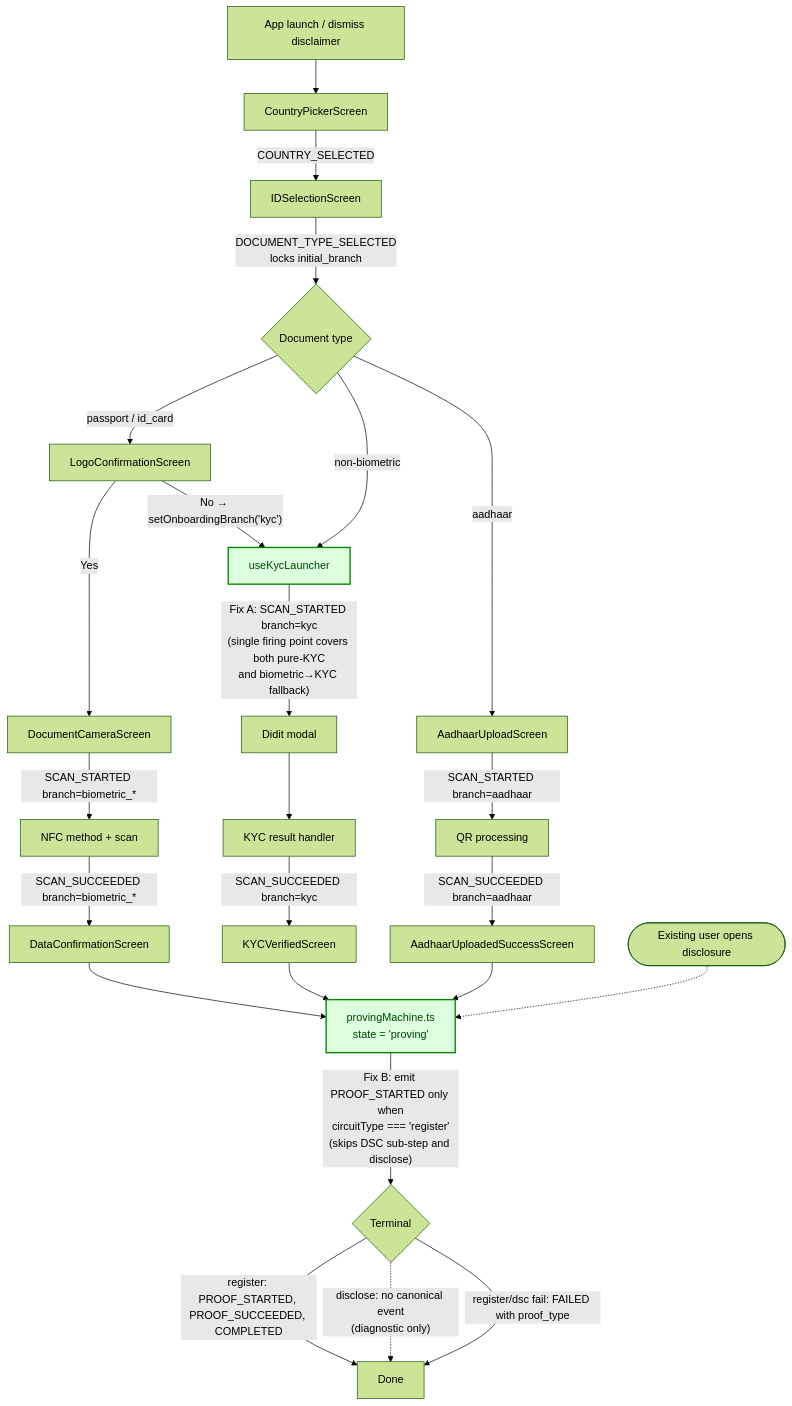
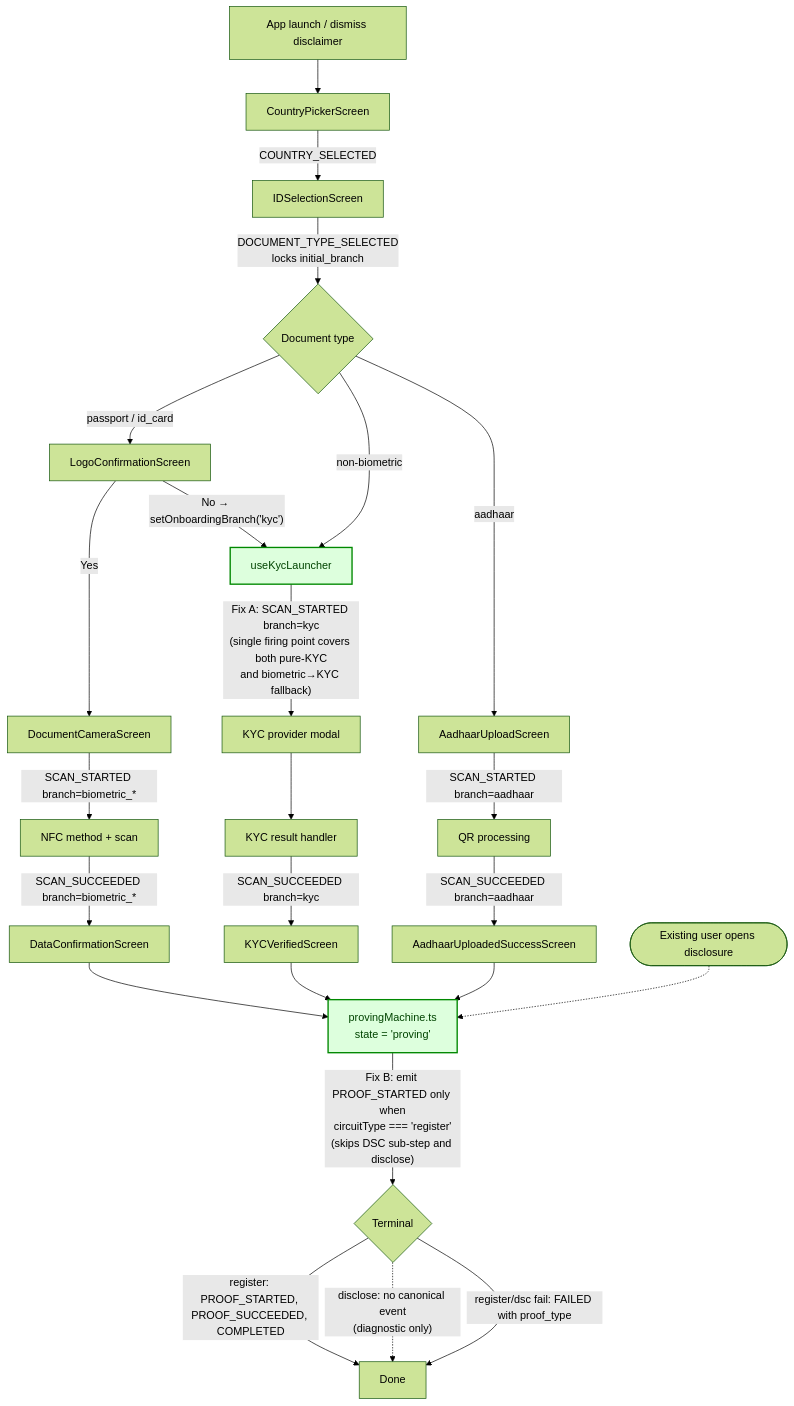
The second of 3 diagrams in specs/projects/sdk/workstreams/analytics/plans/ANA-11-canonical-funnel-bug-fixes.md (selfxyz/self), drawn with Mermaid (forest theme) before and after one commit. The commit also changed other lines of this file and 5 other files, not shown here.

````diff
--- a/specs/projects/sdk/workstreams/analytics/plans/ANA-11-canonical-funnel-bug-fixes.md
+++ b/specs/projects/sdk/workstreams/analytics/plans/ANA-11-canonical-funnel-bug-fixes.md
@@ -116,38 +116,38 @@
 ```mermaid
 flowchart TD
     A[App launch / dismiss disclaimer]
     A --> B[CountryPickerScreen]
     B -->|COUNTRY_SELECTED| C[IDSelectionScreen]
     C -->|"DOCUMENT_TYPE_SELECTED<br/>locks initial_branch"| D{Document type}
 
     D -->|passport / id_card| E[LogoConfirmationScreen]
     D -->|non-biometric| KH[useKycLauncher]
     D -->|aadhaar| AA[AadhaarUploadScreen]
 
     E -->|Yes| F[DocumentCameraScreen]
     E -->|"No → setOnboardingBranch('kyc')"| KH
 
     F -->|"SCAN_STARTED branch=biometric_*"| G[NFC method + scan]
     G -->|"SCAN_SUCCEEDED branch=biometric_*"| H[DataConfirmationScreen]
 
-    KH -->|"Fix A: SCAN_STARTED branch=kyc<br/>(single firing point covers both pure-KYC<br/>and biometric→KYC fallback)"| KM[Didit modal]
+    KH -->|"Fix A: SCAN_STARTED branch=kyc<br/>(single firing point covers both pure-KYC<br/>and biometric→KYC fallback)"| KM[KYC provider modal]
     KM --> KR[KYC result handler]
     KR -->|"SCAN_SUCCEEDED branch=kyc"| KV[KYCVerifiedScreen]
 
     AA -->|"SCAN_STARTED branch=aadhaar"| AP[QR processing]
     AP -->|"SCAN_SUCCEEDED branch=aadhaar"| AS[AadhaarUploadedSuccessScreen]
 
     H --> P["provingMachine.ts<br/>state = 'proving'"]
     KV --> P
     AS --> P
     DX([Existing user opens disclosure]) -.-> P
 
     P -->|"Fix B: emit PROOF_STARTED only when<br/>circuitType === 'register'<br/>(skips DSC sub-step and disclose)"| T{Terminal}
     T -->|"register: PROOF_STARTED, PROOF_SUCCEEDED, COMPLETED"| Z[Done]
     T -.->|"disclose: no canonical event<br/>(diagnostic only)"| Z
     T -->|"register/dsc fail: FAILED with proof_type"| Z
 
     KH:::fixed
     P:::fixed
     classDef fixed fill:#dfd,stroke:#080,stroke-width:2px,color:#040
 ```
````
